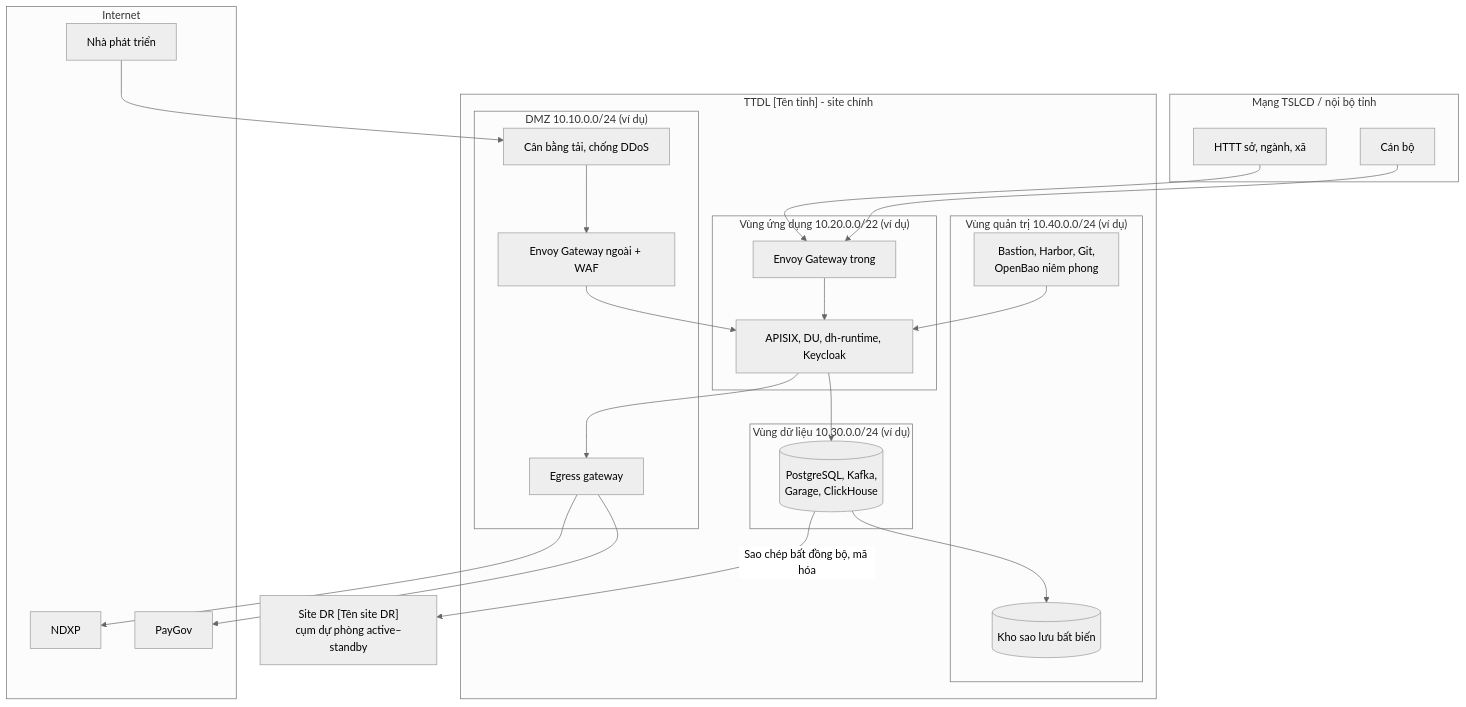
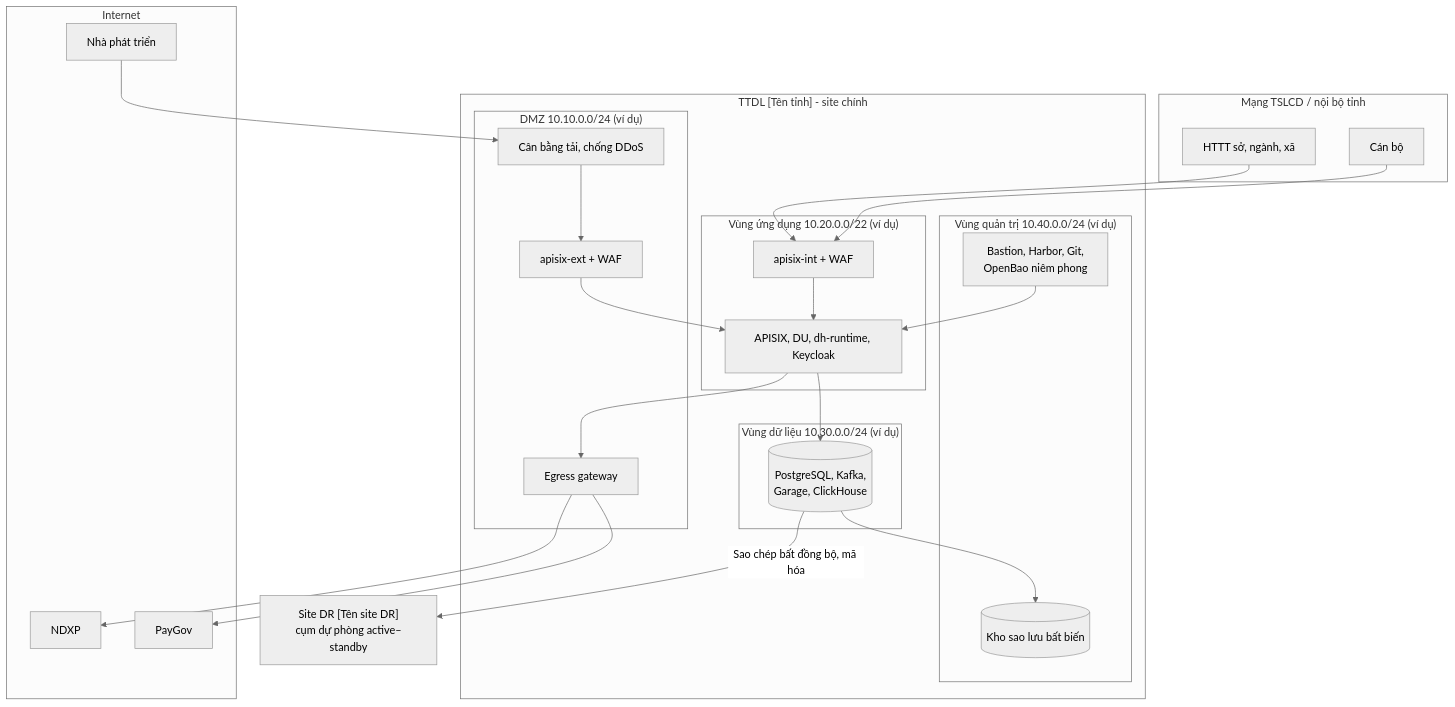
Before and after one commit to caprocute/DATAHUB: the second of 4 diagrams in datahub-docs/03-thiet-ke/attt/D03-08-ho-so-de-xuat-cap-do.md, drawn with Mermaid (neutral theme). The commit also changed other lines of this file and 7 other files, not shown here.

````diff
--- a/datahub-docs/03-thiet-ke/attt/D03-08-ho-so-de-xuat-cap-do.md
+++ b/datahub-docs/03-thiet-ke/attt/D03-08-ho-so-de-xuat-cap-do.md
@@ -206,38 +206,38 @@
 ```mermaid
 flowchart TB
   subgraph NGOAI["Internet"]
     DEV["Nhà phát triển"]
     NDXP["NDXP"]
     PAY["PayGov"]
   end
   subgraph TSLCD["Mạng TSLCD / nội bộ tỉnh"]
     HTTT["HTTT sở, ngành, xã"]
     CB["Cán bộ"]
   end
   subgraph SITE1["TTDL [Tên tỉnh] - site chính"]
     subgraph DMZ["DMZ 10.10.0.0/24 (ví dụ)"]
       LB["Cân bằng tải, chống DDoS"]
-      EGO["Envoy Gateway ngoài + WAF"]
+      EGO["apisix-ext + WAF"]
       EGR["Egress gateway"]
     end
     subgraph APPZ["Vùng ứng dụng 10.20.0.0/22 (ví dụ)"]
-      EGI["Envoy Gateway trong"]
+      EGI["apisix-int + WAF"]
       CORE["APISIX, DU, dh-runtime, Keycloak"]
     end
     subgraph DATAZ["Vùng dữ liệu 10.30.0.0/24 (ví dụ)"]
       STORE[("PostgreSQL, Kafka,<br/>Garage, ClickHouse")]
     end
     subgraph MGMTZ["Vùng quản trị 10.40.0.0/24 (ví dụ)"]
       ADM["Bastion, Harbor, Git,<br/>OpenBao niêm phong"]
       BK[("Kho sao lưu bất biến")]
     end
   end
   SITE2["Site DR [Tên site DR]<br/>cụm dự phòng active–standby"]
   DEV --> LB --> EGO --> CORE
   HTTT & CB --> EGI --> CORE
   CORE --> STORE
   CORE --> EGR --> NDXP & PAY
   ADM --> CORE
   STORE --> BK
   STORE -->|Sao chép bất đồng bộ, mã hóa| SITE2
 ```
````
